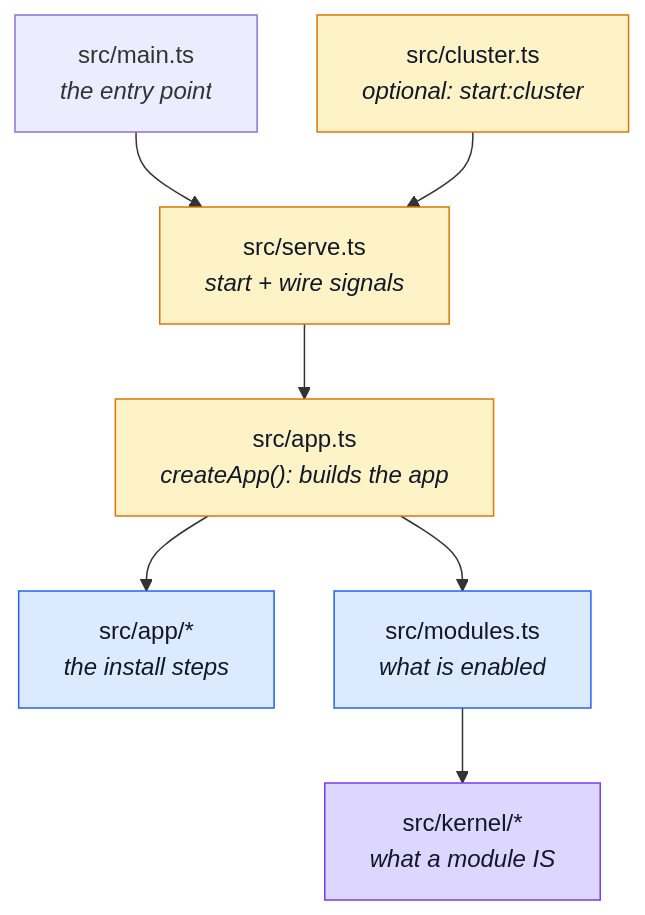
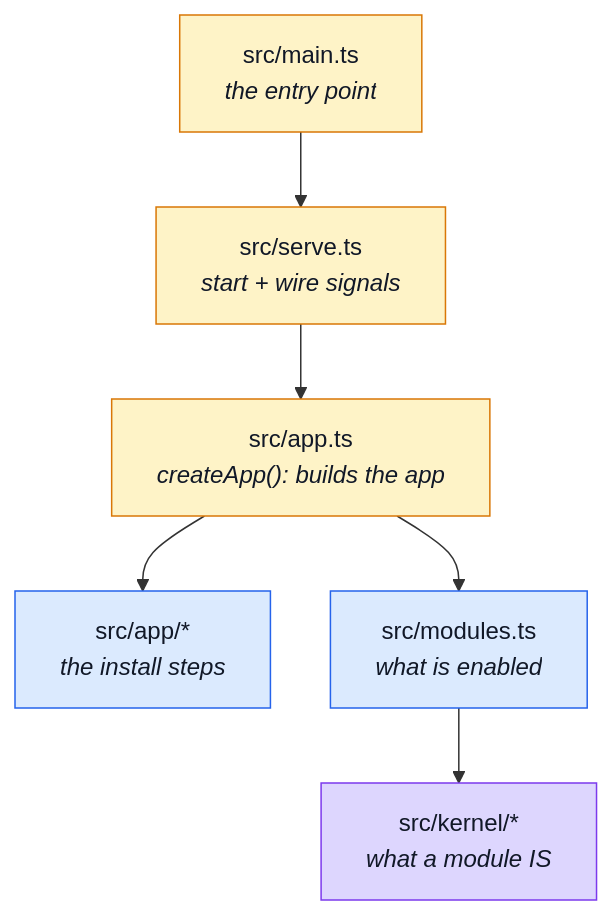
The diagram in docs/reference/src-app.md (Guebbit/boilerplate-node-backend), drawn with Mermaid before and after one commit. The commit also changed other lines of this file and 94 other files, not shown here.

````diff
--- a/docs/reference/src-app.md
+++ b/docs/reference/src-app.md
@@ -17,17 +17,16 @@
 ```mermaid
 %%{init: {'flowchart': {'nodeSpacing': 40, 'rankSpacing': 50}}}%%
 flowchart TD
-    Main["src/main.ts<br/><i>the entry point</i>"] --> Serve
-    Cluster["src/cluster.ts<br/><i>optional: start:cluster</i>"] --> Serve["src/serve.ts<br/><i>start + wire signals</i>"]
+    Main["src/main.ts<br/><i>the entry point</i>"] --> Serve["src/serve.ts<br/><i>start + wire signals</i>"]
     Serve --> App["src/app.ts<br/><i>createApp(): builds the app</i>"]
     App --> Install["src/app/*<br/><i>the install steps</i>"]
     App --> Mods["src/modules.ts<br/><i>what is enabled</i>"]
     Mods --> Kernel["src/kernel/*<br/><i>what a module IS</i>"]
 
     classDef boot fill:#fef3c7,stroke:#d97706,color:#111827;
     classDef asm fill:#dbeafe,stroke:#2563eb,color:#111827;
     classDef ker fill:#ddd6fe,stroke:#7c3aed,color:#111827;
-    class Cluster,Serve,App boot;
+    class Main,Serve,App boot;
     class Install,Mods asm;
     class Kernel ker;
 ```
````
